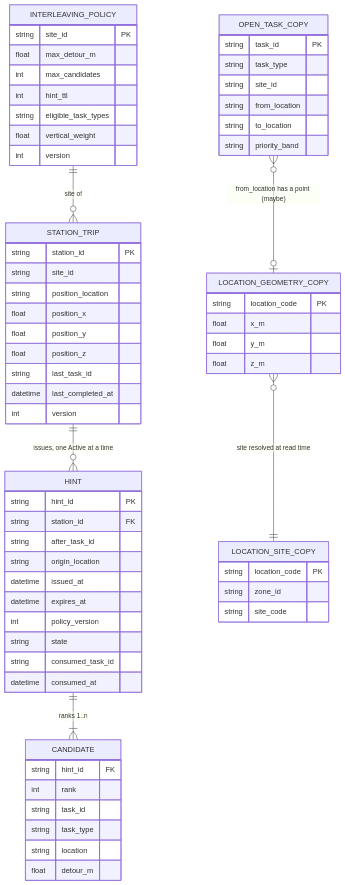
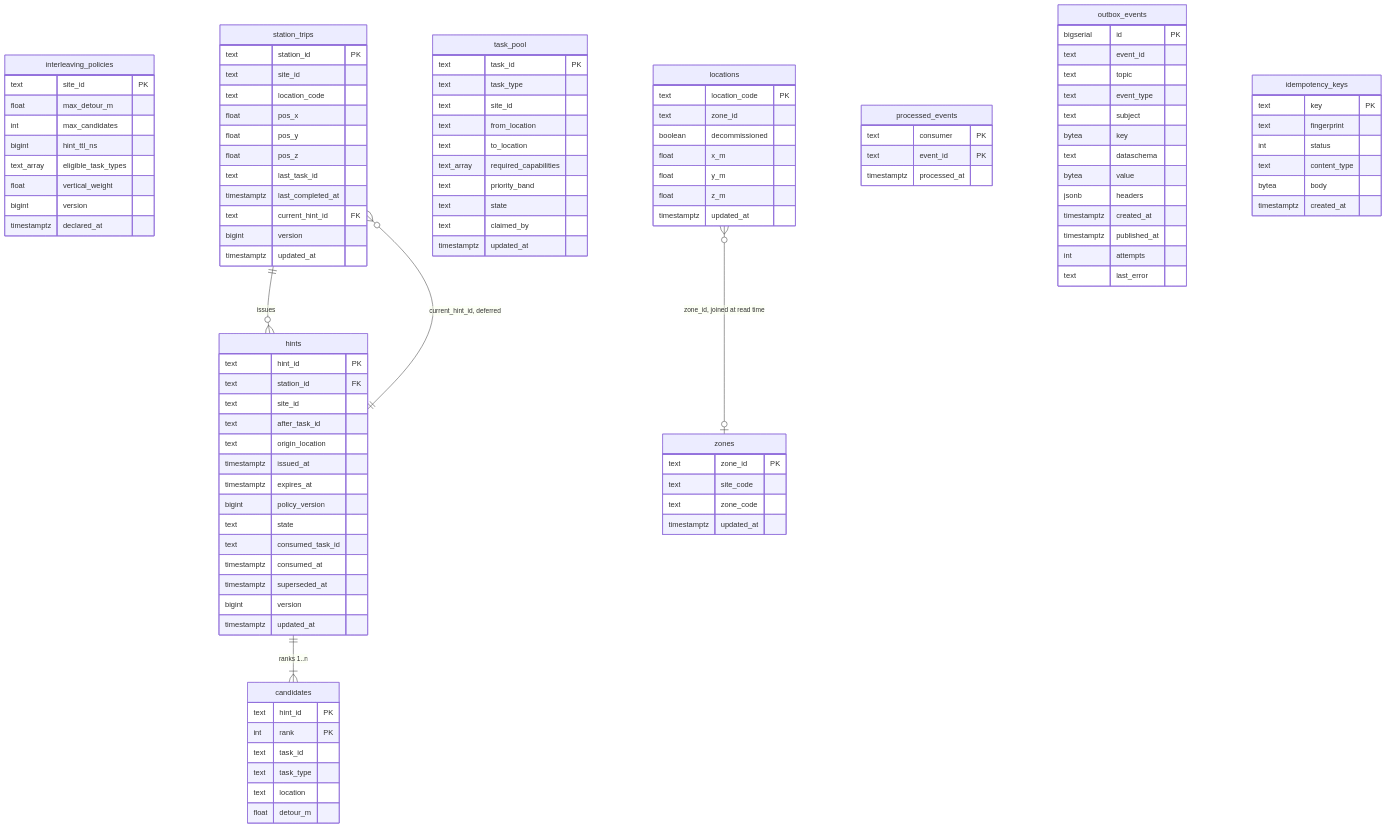
Before and after one commit to IQVO/task-interleaving: the diagram in docs/docs/ddd/entity-relationship.md, drawn with Mermaid. The commit also changed other lines of this file and 15 other files, not shown here.

````diff
--- a/docs/docs/ddd/entity-relationship.md
+++ b/docs/docs/ddd/entity-relationship.md
@@ -18,67 +14,109 @@
 ```mermaid
 erDiagram
-    INTERLEAVING_POLICY {
-        string site_id PK
+    interleaving_policies {
+        text site_id PK
         float max_detour_m
         int max_candidates
-        int hint_ttl
-        string eligible_task_types
+        bigint hint_ttl_ns
+        text_array eligible_task_types
         float vertical_weight
-        int version
+        bigint version
+        timestamptz declared_at
     }
-    STATION_TRIP {
-        string station_id PK
-        string site_id
-        string position_location
-        float position_x
-        float position_y
-        float position_z
-        string last_task_id
-        datetime last_completed_at
-        int version
+    station_trips {
+        text station_id PK
+        text site_id
+        text location_code
+        float pos_x
+        float pos_y
+        float pos_z
+        text last_task_id
+        timestamptz last_completed_at
+        text current_hint_id FK
+        bigint version
+        timestamptz updated_at
     }
-    HINT {
-        string hint_id PK
-        string station_id FK
-        string after_task_id
-        string origin_location
-        datetime issued_at
-        datetime expires_at
-        int policy_version
-        string state
-        string consumed_task_id
-        datetime consumed_at
+    hints {
+        text hint_id PK
+        text station_id FK
+        text site_id
+        text after_task_id
+        text origin_location
+        timestamptz issued_at
+        timestamptz expires_at
+        bigint policy_version
+        text state
+        text consumed_task_id
+        timestamptz consumed_at
+        timestamptz superseded_at
+        bigint version
+        timestamptz updated_at
     }
-    CANDIDATE {
-        string hint_id FK
-        int rank
-        string task_id
-        string task_type
-        string location
+    candidates {
+        text hint_id PK
+        int rank PK
+        text task_id
+        text task_type
+        text location
         float detour_m
     }
-    OPEN_TASK_COPY {
-        string task_id PK
-        string task_type
-        string site_id
-        string from_location
-        string to_location
-        string priority_band
+    task_pool {
+        text task_id PK
+        text task_type
+        text site_id
+        text from_location
+        text to_location
+        text_array required_capabilities
+        text priority_band
+        text state
+        text claimed_by
+        timestamptz updated_at
     }
-    LOCATION_GEOMETRY_COPY {
-        string location_code PK
+    zones {
+        text zone_id PK
+        text site_code
+        text zone_code
+        timestamptz updated_at
+    }
+    locations {
+        text location_code PK
+        text zone_id
+        boolean decommissioned
         float x_m
         float y_m
         float z_m
+        timestamptz updated_at
     }
-    LOCATION_SITE_COPY {
-        string location_code PK
-        string zone_id
-        string site_code
+    processed_events {
+        text consumer PK
+        text event_id PK
+        timestamptz processed_at
     }
-    INTERLEAVING_POLICY ||--o{ STATION_TRIP : "site of"
-    STATION_TRIP ||--o{ HINT : "issues, one Active at a time"
-    HINT ||--|{ CANDIDATE : "ranks 1..n"
-    OPEN_TASK_COPY }o--o| LOCATION_GEOMETRY_COPY : "from_location has a point (maybe)"
-    LOCATION_GEOMETRY_COPY }o--|| LOCATION_SITE_COPY : "site resolved at read time"
+    outbox_events {
+        bigserial id PK
+        text event_id
+        text topic
+        text event_type
+        text subject
+        bytea key
+        text dataschema
+        bytea value
+        jsonb headers
+        timestamptz created_at
+        timestamptz published_at
+        int attempts
+        text last_error
+    }
+    idempotency_keys {
+        text key PK
+        text fingerprint
+        int status
+        text content_type
+        bytea body
+        timestamptz created_at
+    }
+    station_trips ||--o{ hints : "issues"
+    hints ||--o{ station_trips : "current_hint_id, deferred"
+    hints ||--|{ candidates : "ranks 1..n"
+    locations }o--o| zones : "zone_id, joined at read time"
 ```
````
